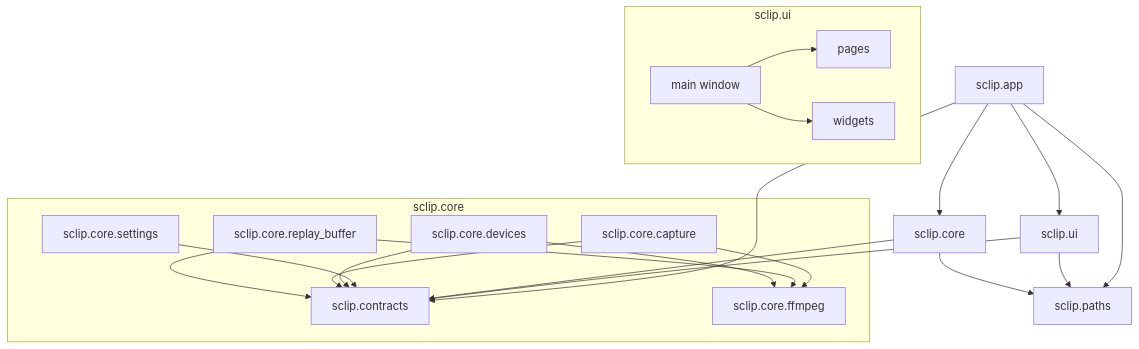
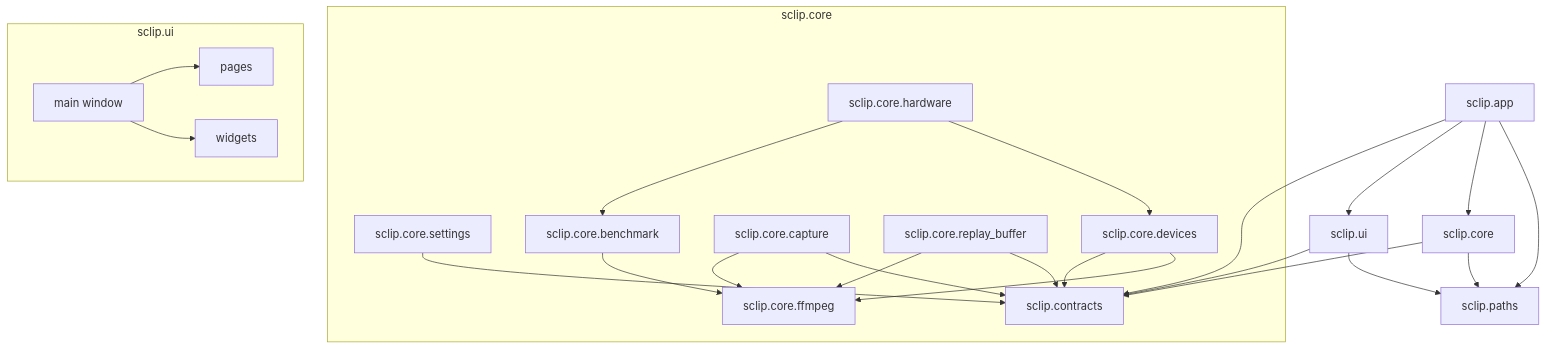
The diagram in docs/ARCHITECTURE.md (shilohhm/S-Clip), drawn with Mermaid before and after one commit. The commit also changed other lines of this file and 9 other files, not shown here.

````diff
--- a/docs/ARCHITECTURE.md
+++ b/docs/ARCHITECTURE.md
@@ -9,36 +9,41 @@
 ```mermaid
 graph TD
     app[sclip.app] --> ui[sclip.ui]
     app --> core[sclip.core]
     app --> contracts[sclip.contracts]
     app --> paths[sclip.paths]
 
     ui --> contracts
     ui --> paths
 
     core --> contracts
     core --> paths
 
     subgraph "sclip.core"
       core_settings[sclip.core.settings]
       core_devices[sclip.core.devices]
       core_ffmpeg[sclip.core.ffmpeg]
       core_capture[sclip.core.capture]
       core_replay[sclip.core.replay_buffer]
+      core_benchmark[sclip.core.benchmark]
+      core_hardware[sclip.core.hardware]
       core_capture --> core_ffmpeg
       core_replay --> core_ffmpeg
       core_settings --> contracts
       core_devices --> contracts
       core_devices --> core_ffmpeg
       core_capture --> contracts
       core_replay --> contracts
+      core_benchmark --> core_ffmpeg
+      core_hardware --> core_benchmark
+      core_hardware --> core_devices
     end
 
     subgraph "sclip.ui"
       ui_main[main window]
       ui_pages[pages]
       ui_widgets[widgets]
       ui_main --> ui_pages
       ui_main --> ui_widgets
     end
 ```
````
